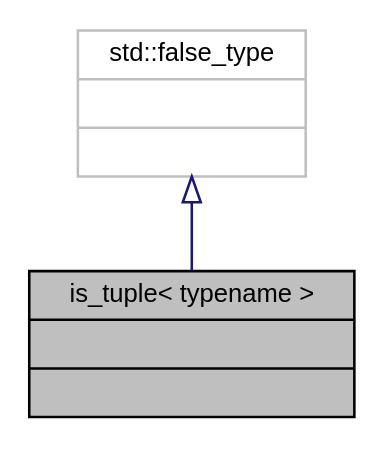
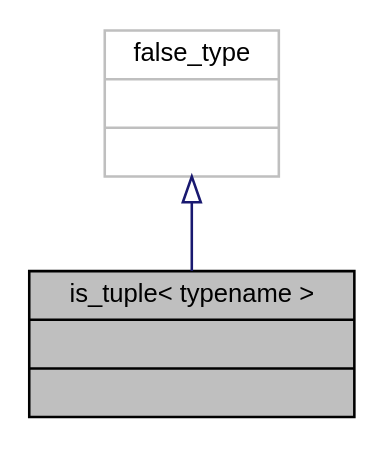
One commit to marisarze/otus_cpp_print_ip changed the diagram in de/d6f/structis__tuple__coll__graph.dot. Above: the diagram before and after it, drawn with Graphviz. The commit also changed 1613 other files, not shown here.

```diff
--- a/de/d6f/structis__tuple__coll__graph.dot
+++ b/de/d6f/structis__tuple__coll__graph.dot
@@ -1,10 +1,10 @@
 digraph "is_tuple&lt; typename &gt;"
 {
  // INTERACTIVE_SVG=YES
  // LATEX_PDF_SIZE
   edge [fontname="Helvetica",fontsize="10",labelfontname="Helvetica",labelfontsize="10"];
   node [fontname="Helvetica",fontsize="10",shape=record];
   Node1 [label="{is_tuple\< typename \>\n||}",height=0.2,width=0.4,color="black", fillcolor="grey75", style="filled", fontcolor="black",tooltip="helper structure for type checking as a tuple in templates (common variant)"];
   Node2 -> Node1 [dir="back",color="midnightblue",fontsize="10",style="solid",arrowtail="onormal",fontname="Helvetica"];
-  Node2 [label="{std::false_type\n||}",height=0.2,width=0.4,color="grey75", fillcolor="white", style="filled",tooltip=" "];
+  Node2 [label="{false_type\n||}",height=0.2,width=0.4,color="grey75", fillcolor="white", style="filled",tooltip=" "];
 }
```
